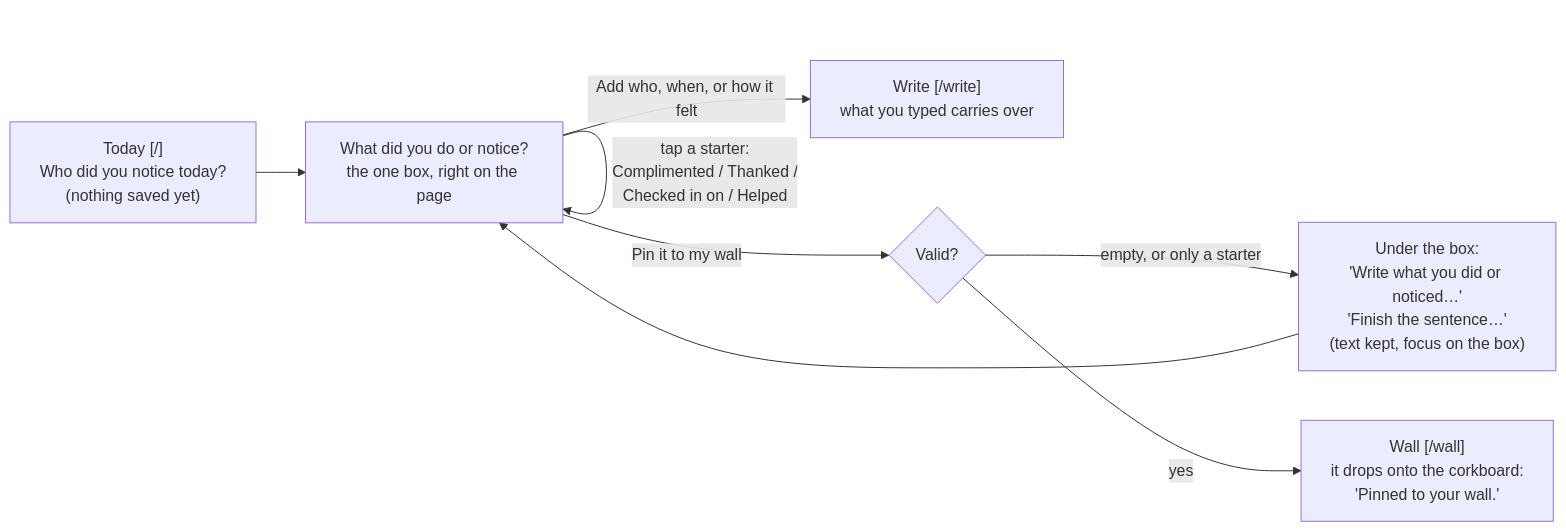
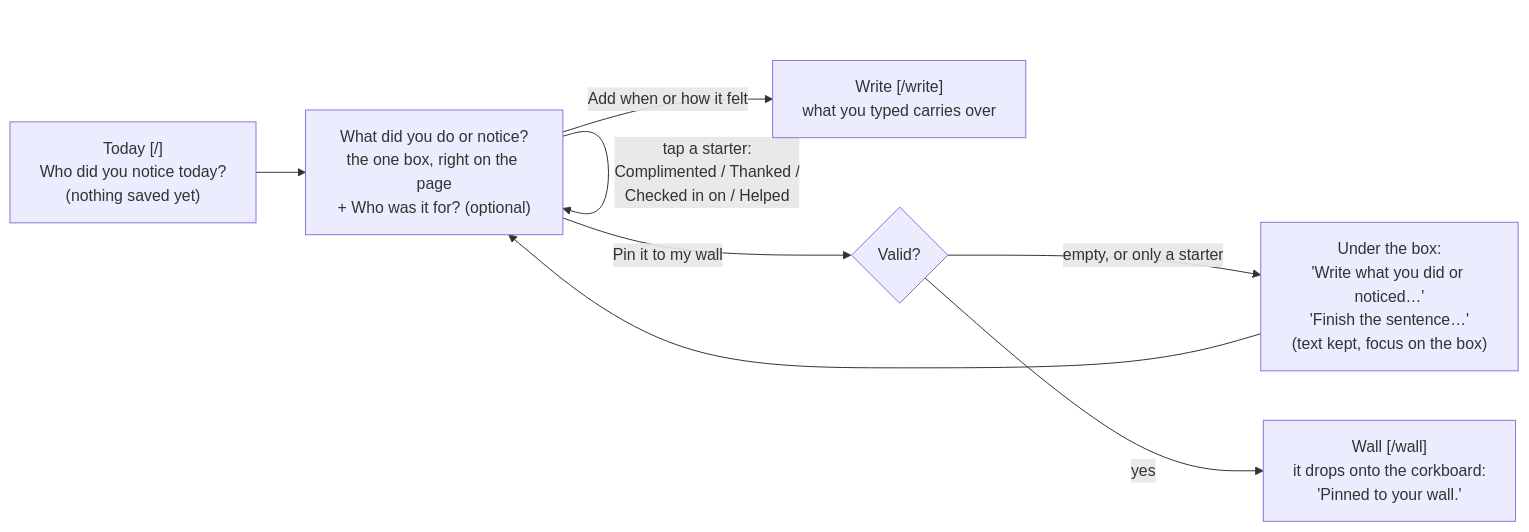
One commit to carnowell-uchicago/dbs-p3 changed the first of 3 diagrams in README.md. Above: the diagram before and after it, drawn with Mermaid. The commit also changed other lines of this file and 3 other files, not shown here.

````diff
--- a/README.md
+++ b/README.md
@@ -17,10 +17,10 @@
 ```mermaid
 flowchart LR
-    A["Today [/]<br/>Who did you notice today?<br/>(nothing saved yet)"] --> Q["What did you do or notice?<br/>the one box, right on the page"]
+    A["Today [/]<br/>Who did you notice today?<br/>(nothing saved yet)"] --> Q["What did you do or notice?<br/>the one box, right on the page<br/>+ Who was it for? (optional)"]
     Q -->|"tap a starter:<br/>Complimented / Thanked /<br/>Checked in on / Helped"| Q
     Q -->|"Pin it to my wall"| V{"Valid?"}
     V -->|"empty, or only a starter"| QE["Under the box:<br/>'Write what you did or noticed…'<br/>'Finish the sentence…'<br/>(text kept, focus on the box)"]
     QE --> Q
     V -->|"yes"| P["Wall [/wall]<br/>it drops onto the corkboard:<br/>'Pinned to your wall.'"]
-    Q -->|"Add who, when, or how it felt"| W["Write [/write]<br/>what you typed carries over"]
+    Q -->|"Add when or how it felt"| W["Write [/write]<br/>what you typed carries over"]
 ```
````
